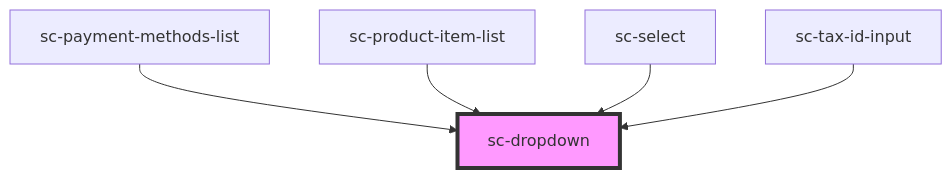
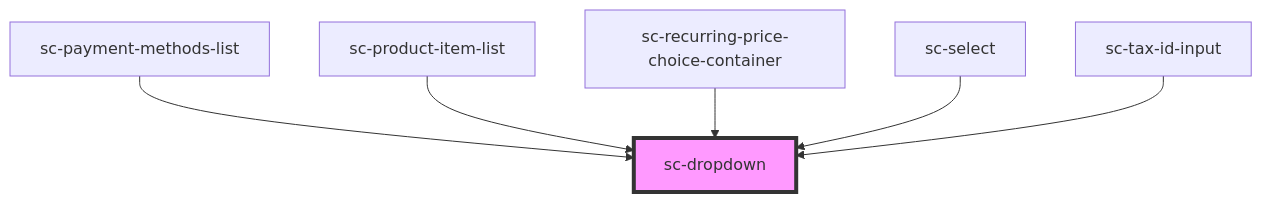
One commit to surecart/surecart-wp-plugin changed the diagram in packages/components/src/components/ui/dropdown/readme.md. Above: the diagram before and after it, drawn with Mermaid. The commit also changed other lines of this file and 23 other files, not shown here.

````diff
--- a/packages/components/src/components/ui/dropdown/readme.md
+++ b/packages/components/src/components/ui/dropdown/readme.md
@@ -48,8 +49,9 @@
 ```mermaid
 graph TD;
   sc-payment-methods-list --> sc-dropdown
   sc-product-item-list --> sc-dropdown
+  sc-recurring-price-choice-container --> sc-dropdown
   sc-select --> sc-dropdown
   sc-tax-id-input --> sc-dropdown
   style sc-dropdown fill:#f9f,stroke:#333,stroke-width:4px
 ```
````
